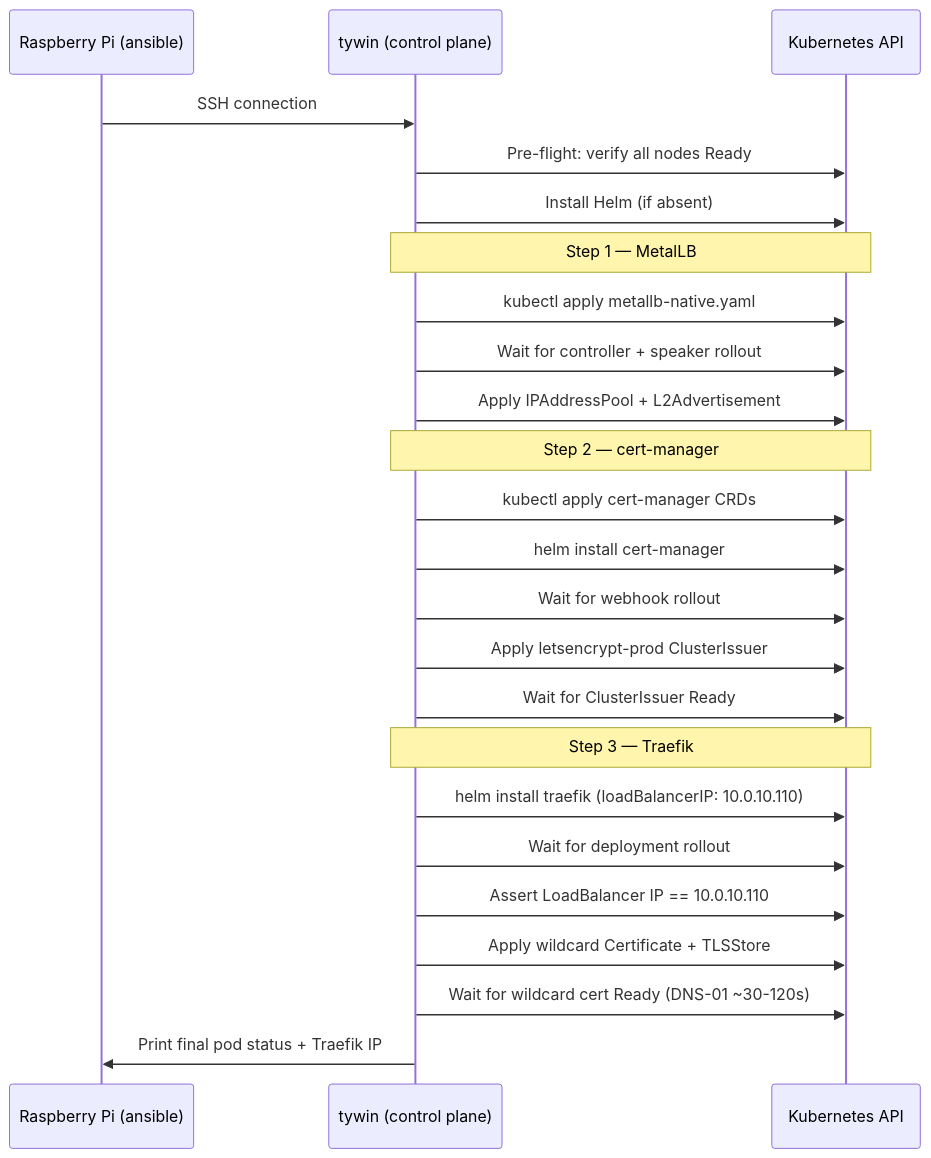
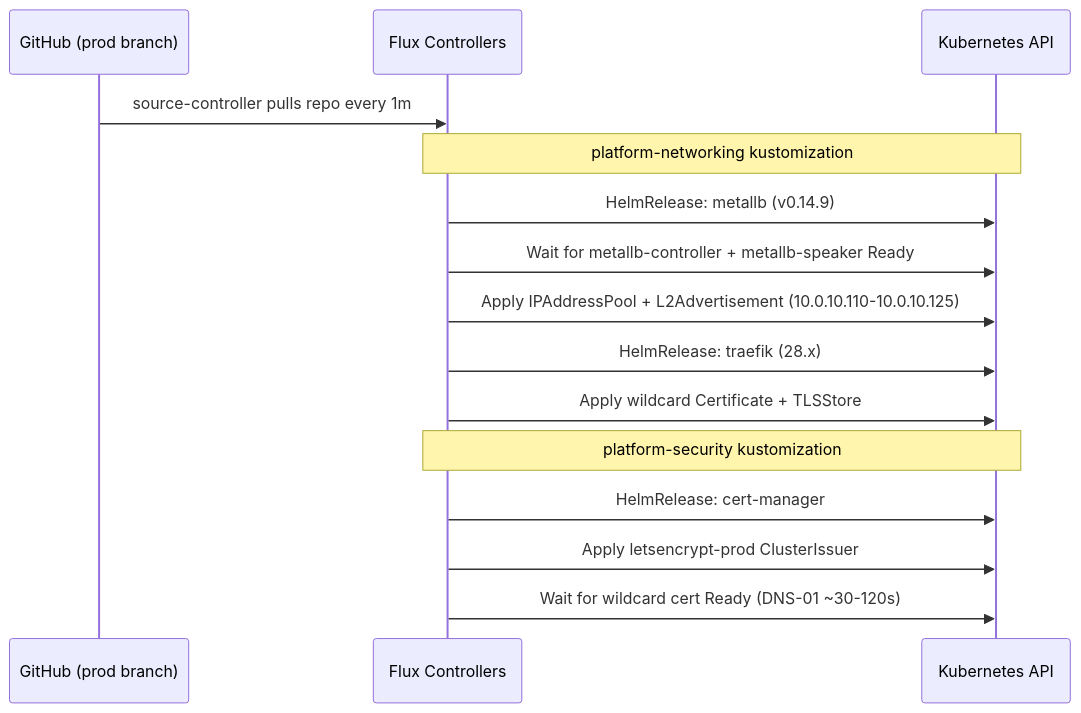
Before and after one commit to Kagiso-me/homelab-infrastructure: the second of 2 diagrams in docs/guides/03-Networking-Platform.md, drawn with Mermaid. The commit also changed other lines of this file and 2 other files, not shown here.

Commit message:
docs: update networking and Flux GitOps guides for clarity and accuracy

````diff
--- a/docs/guides/03-Networking-Platform.md
+++ b/docs/guides/03-Networking-Platform.md
@@ -269,31 +186,20 @@
 ```mermaid
 sequenceDiagram
-    participant RPi as Raspberry Pi (ansible)
-    participant CP as tywin (control plane)
+    participant Git as GitHub (prod branch)
+    participant Flux as Flux Controllers
     participant K8s as Kubernetes API
 
-    RPi->>CP: SSH connection
-    CP->>K8s: Pre-flight: verify all nodes Ready
-    CP->>K8s: Install Helm (if absent)
+    Git->>Flux: source-controller pulls repo every 1m
 
-    Note over CP,K8s: Step 1 — MetalLB
-    CP->>K8s: kubectl apply metallb-native.yaml
-    CP->>K8s: Wait for controller + speaker rollout
-    CP->>K8s: Apply IPAddressPool + L2Advertisement
+    Note over Flux,K8s: platform-networking kustomization
+    Flux->>K8s: HelmRelease: metallb (v0.14.9)
+    Flux->>K8s: Wait for metallb-controller + metallb-speaker Ready
+    Flux->>K8s: Apply IPAddressPool + L2Advertisement (10.0.10.110-10.0.10.125)
+    Flux->>K8s: HelmRelease: traefik (28.x)
+    Flux->>K8s: Apply wildcard Certificate + TLSStore
 
-    Note over CP,K8s: Step 2 — cert-manager
-    CP->>K8s: kubectl apply cert-manager CRDs
-    CP->>K8s: helm install cert-manager
-    CP->>K8s: Wait for webhook rollout
-    CP->>K8s: Apply letsencrypt-prod ClusterIssuer
-    CP->>K8s: Wait for ClusterIssuer Ready
-
-    Note over CP,K8s: Step 3 — Traefik
-    CP->>K8s: helm install traefik (loadBalancerIP: 10.0.10.110)
-    CP->>K8s: Wait for deployment rollout
-    CP->>K8s: Assert LoadBalancer IP == 10.0.10.110
-    CP->>K8s: Apply wildcard Certificate + TLSStore
-    CP->>K8s: Wait for wildcard cert Ready (DNS-01 ~30-120s)
-
-    CP->>RPi: Print final pod status + Traefik IP
+    Note over Flux,K8s: platform-security kustomization
+    Flux->>K8s: HelmRelease: cert-manager
+    Flux->>K8s: Apply letsencrypt-prod ClusterIssuer
+    Flux->>K8s: Wait for wildcard cert Ready (DNS-01 ~30-120s)
 ```
````
